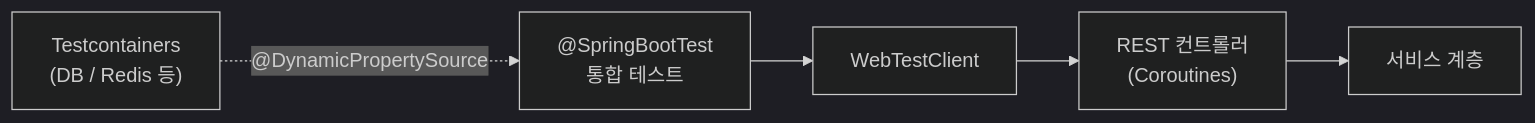
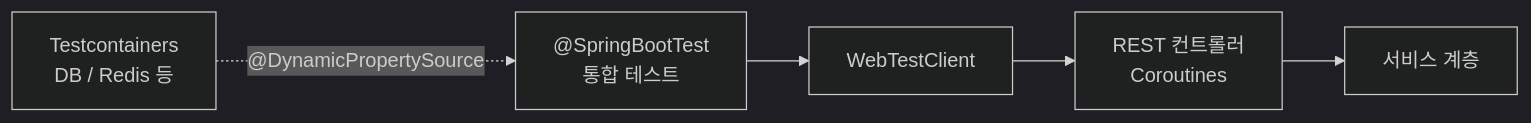
One commit to bluetape4k/bluetape4k-projects changed the third of 3 diagrams in spring-boot3/core/README.md. Above: the diagram before and after it, drawn with Mermaid (dark theme). The commit also changed other lines of this file and 54 other files, not shown here.

Commit message:
docs: add UML and normalize Mermaid in module READMEs

````diff
--- a/spring-boot3/core/README.md
+++ b/spring-boot3/core/README.md
@@ -106,7 +106,7 @@
 ```mermaid
-graph LR
-    Test["@SpringBootTest\n통합 테스트"] --> WTC["WebTestClient"]
-    WTC --> Controller["REST 컨트롤러\n(Coroutines)"]
+flowchart LR
+    Test["@SpringBootTest<br/>통합 테스트"] --> WTC["WebTestClient"]
+    WTC --> Controller["REST 컨트롤러<br/>Coroutines"]
     Controller --> Service["서비스 계층"]
-    TC["Testcontainers\n(DB / Redis 등)"] -.->|"@DynamicPropertySource"| Test
+    TC["Testcontainers<br/>DB / Redis 등"] -.->|"@DynamicPropertySource"| Test
 ```
````
